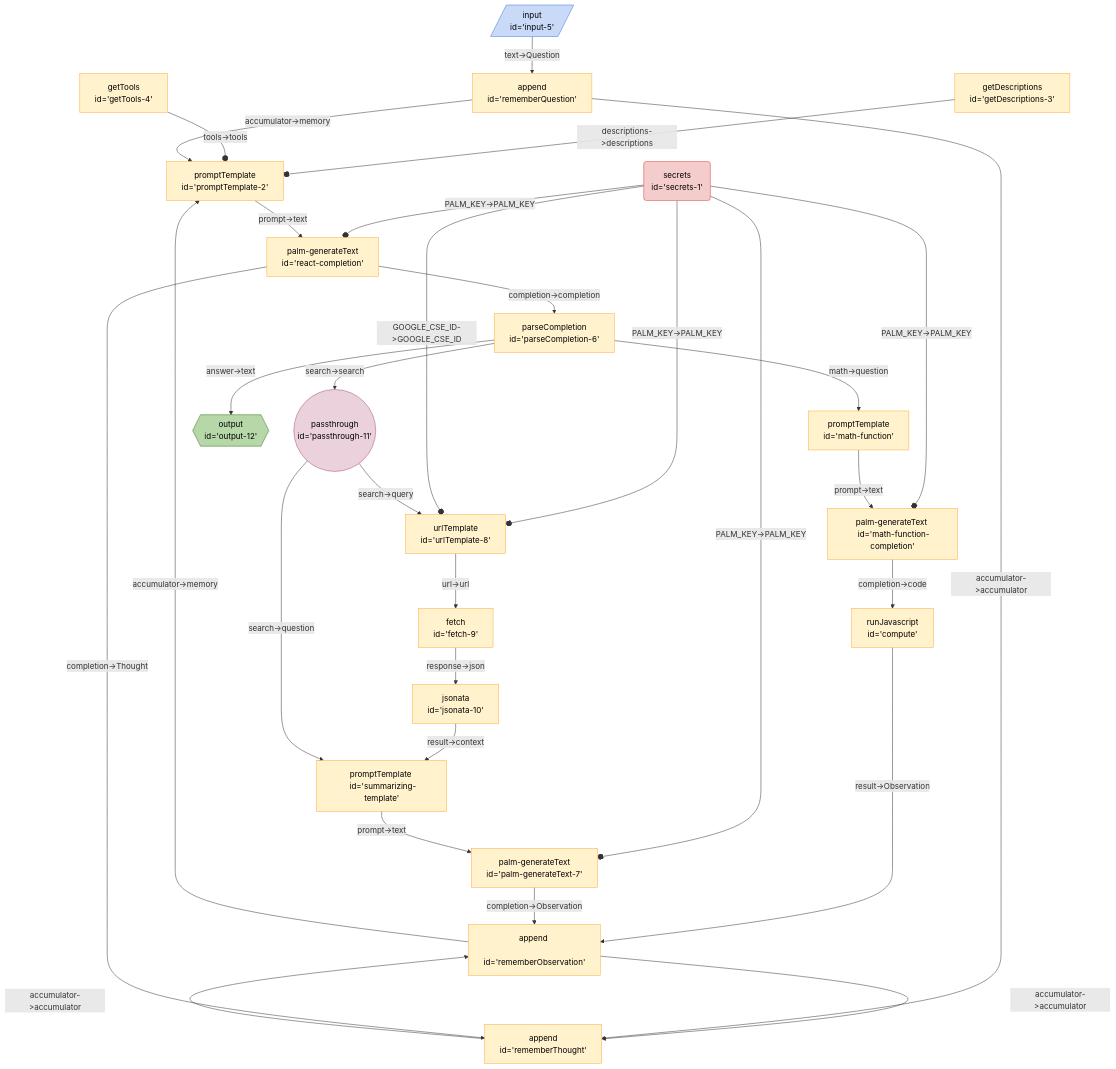
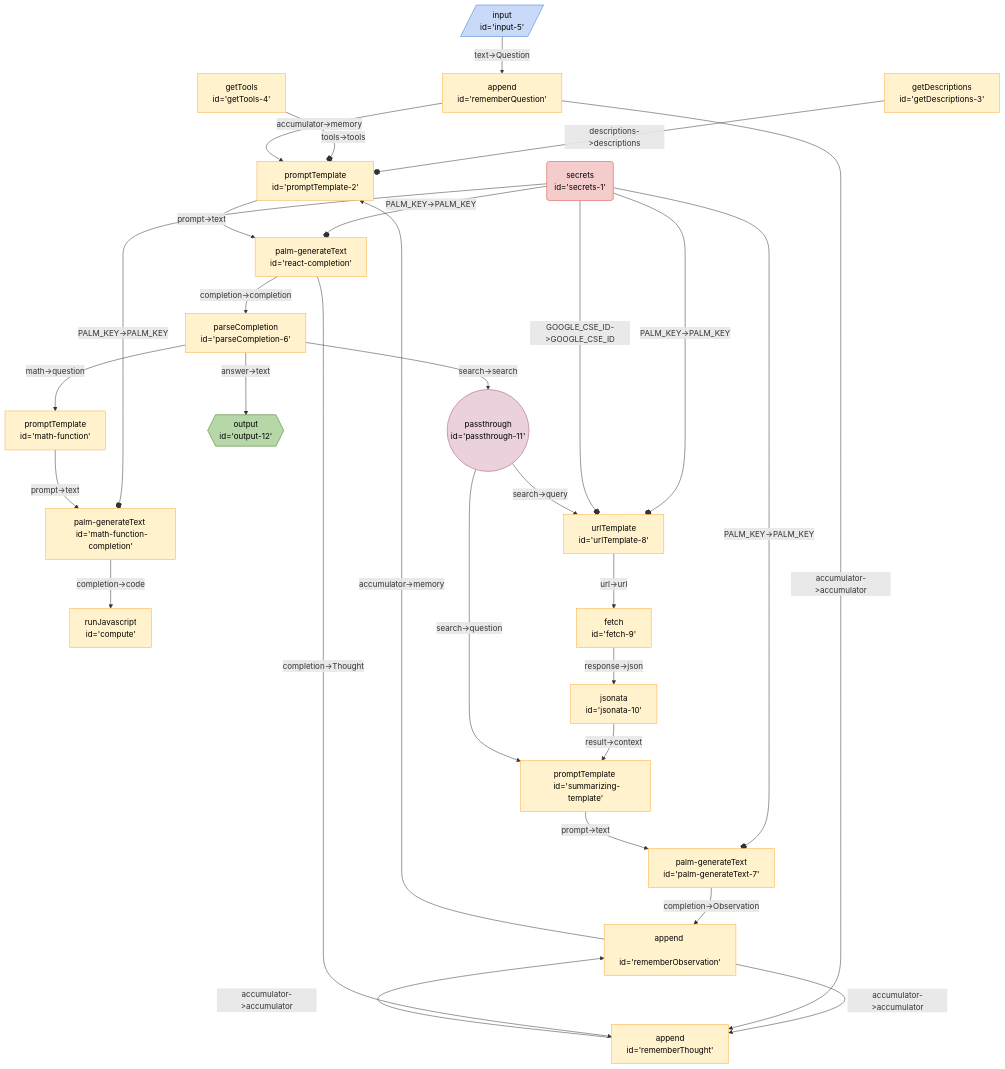
The diagram in seeds/graph-playground/docs/graphs/react.md (breadboard-ai/breadboard), drawn with Mermaid before and after one commit. The commit also changed 35 other files, not shown here.

Commit message:
Update graphs, fix oopsies in URL renames.

````diff
--- a/seeds/graph-playground/docs/graphs/react.md
+++ b/seeds/graph-playground/docs/graphs/react.md
@@ -5,41 +5,40 @@
   ```mermaid
   %%{init: 'themeVariables': { 'fontFamily': 'Fira Code, monospace' }}%%
 graph TD;
 getDescriptions3["getDescriptions <br> id='getDescriptions-3'"] -- "descriptions->descriptions" --o promptTemplate2["promptTemplate <br> id='promptTemplate-2'"]
 getTools4["getTools <br> id='getTools-4'"] -- "tools->tools" --o promptTemplate2["promptTemplate <br> id='promptTemplate-2'"]
 rememberObservation["append <br> id='rememberObservation'"] -- "accumulator->memory" --> promptTemplate2["promptTemplate <br> id='promptTemplate-2'"]
 rememberThought["append <br> id='rememberThought'"] -- "accumulator->accumulator" --> rememberObservation["append <br> id='rememberObservation'"]
 rememberObservation["append <br> id='rememberObservation'"] -- "accumulator->accumulator" --> rememberThought["append <br> id='rememberThought'"]
 rememberQuestion["append <br> id='rememberQuestion'"] -- "accumulator->accumulator" --> rememberThought["append <br> id='rememberThought'"]
 rememberQuestion["append <br> id='rememberQuestion'"] -- "accumulator->memory" --> promptTemplate2["promptTemplate <br> id='promptTemplate-2'"]
 input5[/"input <br> id='input-5'"/]:::input -- "text->Question" --> rememberQuestion["append <br> id='rememberQuestion'"]
 secrets1("secrets <br> id='secrets-1'"):::secrets -- "PALM_KEY->PALM_KEY" --o reactcompletion["palm-generateText <br> id='react-completion'"]
-compute["runJavascript <br> id='compute'"] -- "result->Observation" --> rememberObservation["append <br> id='rememberObservation'"]
 mathfunctioncompletion["palm-generateText <br> id='math-function-completion'"] -- "completion->code" --> compute["runJavascript <br> id='compute'"]
 secrets1("secrets <br> id='secrets-1'"):::secrets -- "PALM_KEY->PALM_KEY" --o mathfunctioncompletion["palm-generateText <br> id='math-function-completion'"]
 mathfunction["promptTemplate <br> id='math-function'"] -- "prompt->text" --> mathfunctioncompletion["palm-generateText <br> id='math-function-completion'"]
 palmgenerateText7["palm-generateText <br> id='palm-generateText-7'"] -- "completion->Observation" --> rememberObservation["append <br> id='rememberObservation'"]
 secrets1("secrets <br> id='secrets-1'"):::secrets -- "PALM_KEY->PALM_KEY" --o palmgenerateText7["palm-generateText <br> id='palm-generateText-7'"]
 summarizingtemplate["promptTemplate <br> id='summarizing-template'"] -- "prompt->text" --> palmgenerateText7["palm-generateText <br> id='palm-generateText-7'"]
 secrets1("secrets <br> id='secrets-1'"):::secrets -- "PALM_KEY->PALM_KEY" --o urlTemplate8["urlTemplate <br> id='urlTemplate-8'"]
 secrets1("secrets <br> id='secrets-1'"):::secrets -- "GOOGLE_CSE_ID->GOOGLE_CSE_ID" --o urlTemplate8["urlTemplate <br> id='urlTemplate-8'"]
 jsonata10["jsonata <br> id='jsonata-10'"] -- "result->context" --> summarizingtemplate["promptTemplate <br> id='summarizing-template'"]
 fetch9["fetch <br> id='fetch-9'"] -- "response->json" --> jsonata10["jsonata <br> id='jsonata-10'"]
 urlTemplate8["urlTemplate <br> id='urlTemplate-8'"] -- "url->url" --> fetch9["fetch <br> id='fetch-9'"]
 passthrough11(("passthrough <br> id='passthrough-11'")):::passthrough -- "search->question" --> summarizingtemplate["promptTemplate <br> id='summarizing-template'"]
 passthrough11(("passthrough <br> id='passthrough-11'")):::passthrough -- "search->query" --> urlTemplate8["urlTemplate <br> id='urlTemplate-8'"]
 parseCompletion6["parseCompletion <br> id='parseCompletion-6'"] -- "search->search" --> passthrough11(("passthrough <br> id='passthrough-11'")):::passthrough
 parseCompletion6["parseCompletion <br> id='parseCompletion-6'"] -- "math->question" --> mathfunction["promptTemplate <br> id='math-function'"]
 parseCompletion6["parseCompletion <br> id='parseCompletion-6'"] -- "answer->text" --> output12{{"output <br> id='output-12'"}}:::output
 reactcompletion["palm-generateText <br> id='react-completion'"] -- "completion->completion" --> parseCompletion6["parseCompletion <br> id='parseCompletion-6'"]
 reactcompletion["palm-generateText <br> id='react-completion'"] -- "completion->Thought" --> rememberThought["append <br> id='rememberThought'"]
 promptTemplate2["promptTemplate <br> id='promptTemplate-2'"] -- "prompt->text" --> reactcompletion["palm-generateText <br> id='react-completion'"]
 classDef default stroke:#ffab40,fill:#fff2ccff,color:#000
 classDef input stroke:#3c78d8,fill:#c9daf8ff,color:#000
 classDef output stroke:#38761d,fill:#b6d7a8ff,color:#000
 classDef passthrough stroke:#a64d79,fill:#ead1dcff,color:#000
 classDef slot stroke:#a64d79,fill:#ead1dcff,color:#000
 classDef config stroke:#a64d79,fill:#ead1dcff,color:#000
 classDef secrets stroke:#db4437,fill:#f4cccc,color:#000
 classDef slotted stroke:#a64d79
   ```
````
